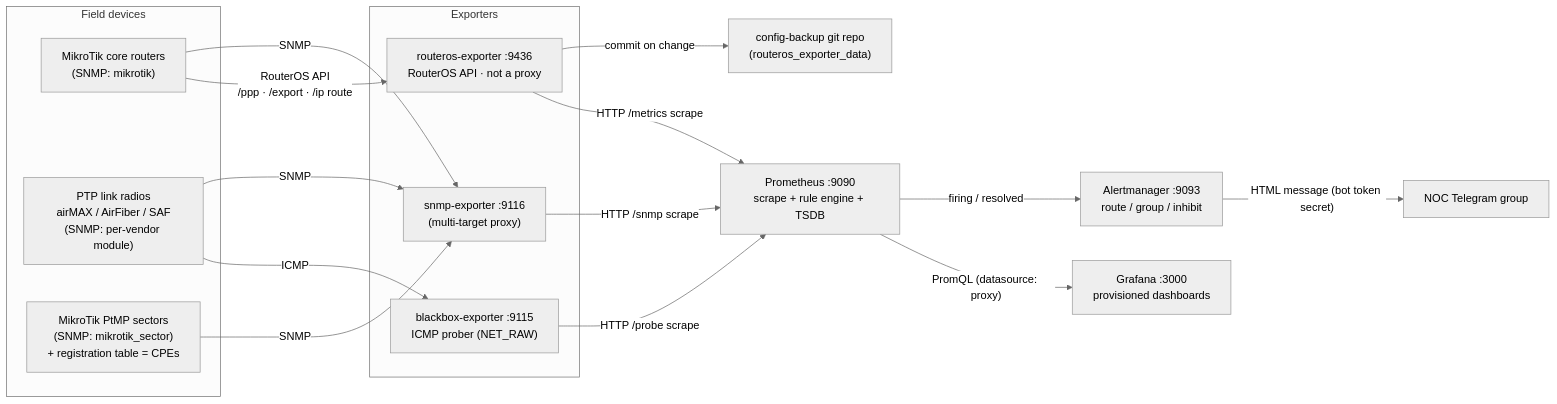
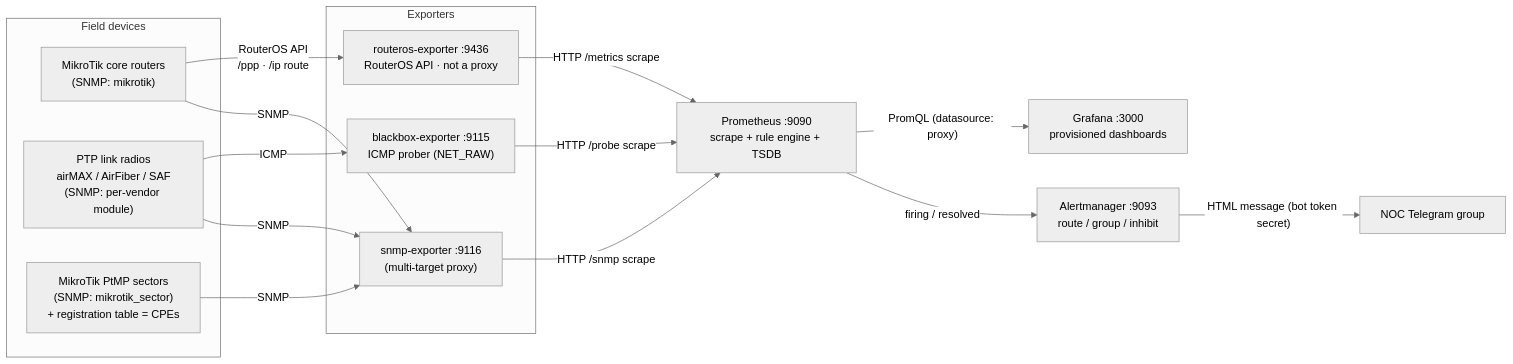
One commit to ValCee1/ISP-Observability-Platform changed the first of 5 diagrams in docs/ARCHITECTURE.md. Above: the diagram before and after it, drawn with Mermaid (neutral theme). The commit also changed other lines of this file and 55 other files, not shown here.

Commit message:
Refocus on monitoring: remove config backup, freq migration, feature packaging; add exporter-health rules

````diff
--- a/docs/ARCHITECTURE.md
+++ b/docs/ARCHITECTURE.md
@@ -18,35 +18,33 @@
 ```mermaid
 flowchart LR
     subgraph field["Field devices"]
         R["MikroTik core routers<br/>(SNMP: mikrotik)"]
         L["PTP link radios<br/>airMAX / AirFiber / SAF<br/>(SNMP: per-vendor module)"]
         S["MikroTik PtMP sectors<br/>(SNMP: mikrotik_sector)<br/>+ registration table = CPEs"]
     end
 
     subgraph exporters["Exporters"]
         SNMP["snmp-exporter :9116<br/>(multi-target proxy)"]
         BB["blackbox-exporter :9115<br/>ICMP prober (NET_RAW)"]
         RE["routeros-exporter :9436<br/>RouterOS API · not a proxy"]
     end
 
     P["Prometheus :9090<br/>scrape + rule engine + TSDB"]
     AM["Alertmanager :9093<br/>route / group / inhibit"]
     G["Grafana :3000<br/>provisioned dashboards"]
     TG["NOC Telegram group"]
-    GIT["config-backup git repo<br/>(routeros_exporter_data)"]
 
     R -- SNMP --> SNMP
     L -- SNMP --> SNMP
     S -- SNMP --> SNMP
     L -- ICMP --> BB
-    R -- "RouterOS API<br/>/ppp · /export · /ip route" --> RE
-    RE -- "commit on change" --> GIT
+    R -- "RouterOS API<br/>/ppp · /ip route" --> RE
 
     SNMP -- "HTTP /snmp scrape" --> P
     BB   -- "HTTP /probe scrape" --> P
     RE   -- "HTTP /metrics scrape" --> P
 
     P -- "firing / resolved" --> AM
     AM -- "HTML message (bot token secret)" --> TG
     P -- "PromQL (datasource: proxy)" --> G
 ```
````
